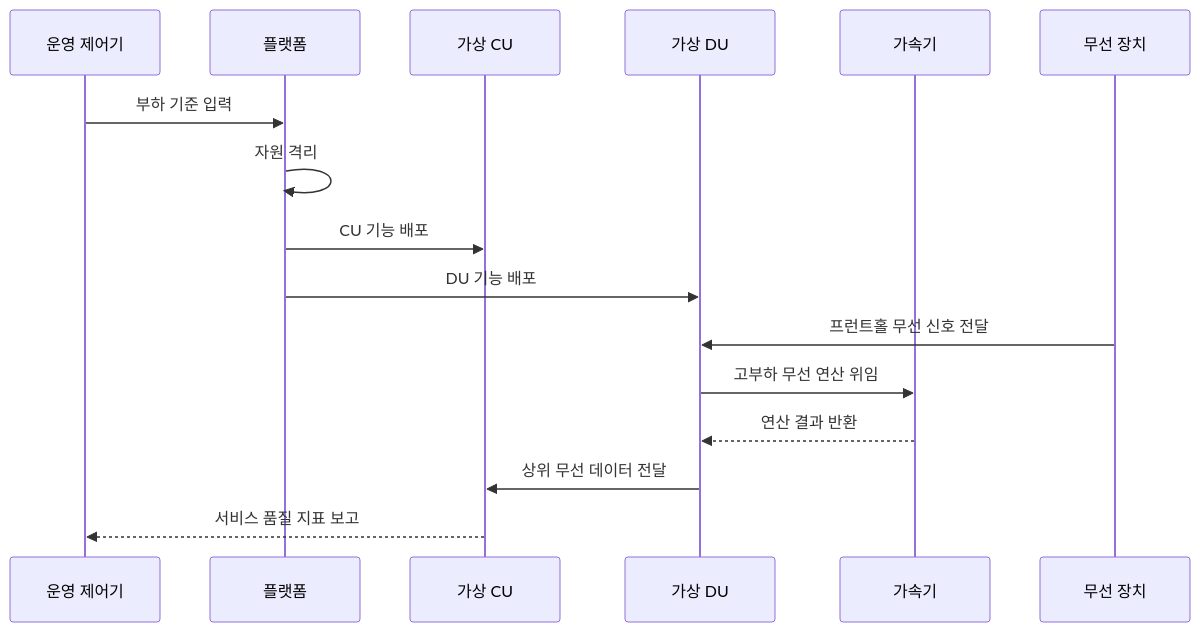
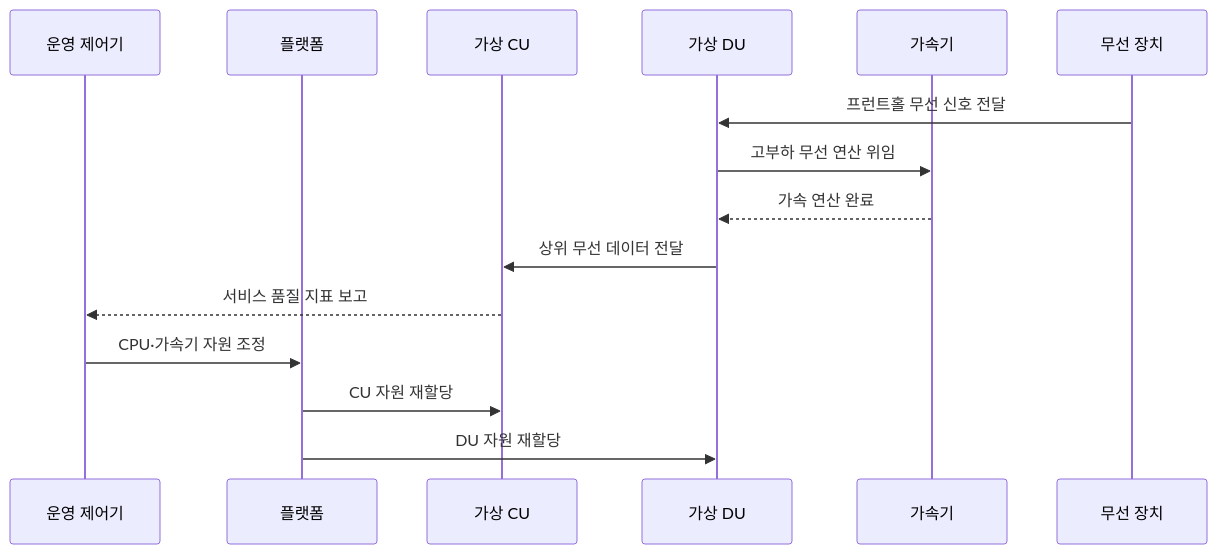
Before and after one commit to agnusdei1207/knowledge-base: the second of 2 diagrams in src/content/docs/notes/04-network/112_virtual_ran.md, drawn with Mermaid. The commit also changed other lines of this file and 7 other files, not shown here.

````diff
--- a/src/content/docs/notes/04-network/112_virtual_ran.md
+++ b/src/content/docs/notes/04-network/112_virtual_ran.md
@@ -83,18 +83,17 @@
 ```mermaid
 sequenceDiagram
   participant O as 운영 제어기
   participant P as 플랫폼
   participant C as 가상 CU
   participant D as 가상 DU
   participant A as 가속기
   participant R as 무선 장치
-  O->>P: 부하 기준 입력
-  P->>P: 자원 격리
-  P->>C: CU 기능 배포
-  P->>D: DU 기능 배포
   R->>D: 프런트홀 무선 신호 전달
   D->>A: 고부하 무선 연산 위임
-  A-->>D: 연산 결과 반환
+  A-->>D: 가속 연산 완료
   D->>C: 상위 무선 데이터 전달
   C-->>O: 서비스 품질 지표 보고
+  O->>P: CPU·가속기 자원 조정
+  P->>C: CU 자원 재할당
+  P->>D: DU 자원 재할당
 ```
````
